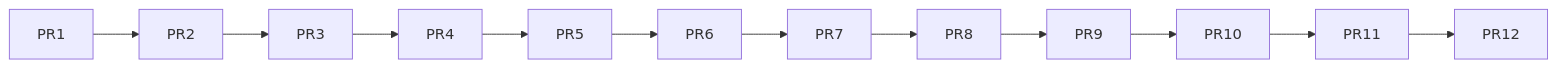
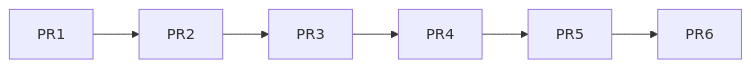
The second of 2 diagrams in plans/foundation_edit-page_command_0a3a0511.plan.md (chroma-core/chroma), drawn with Mermaid before and after one commit. The commit also changed other lines of this file, not shown here.

````diff
--- a/plans/foundation_edit-page_command_0a3a0511.plan.md
+++ b/plans/foundation_edit-page_command_0a3a0511.plan.md
@@ -140,4 +122,4 @@
 ```mermaid
 flowchart LR
-    PR1 --> PR2 --> PR3 --> PR4 --> PR5 --> PR6 --> PR7 --> PR8 --> PR9 --> PR10 --> PR11 --> PR12
+    PR1 --> PR2 --> PR3 --> PR4 --> PR5 --> PR6
 ```
````
